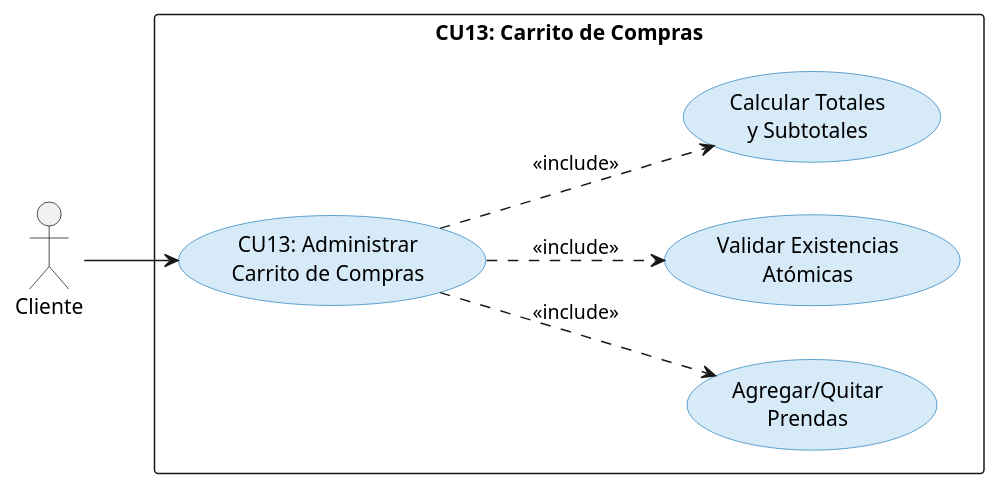
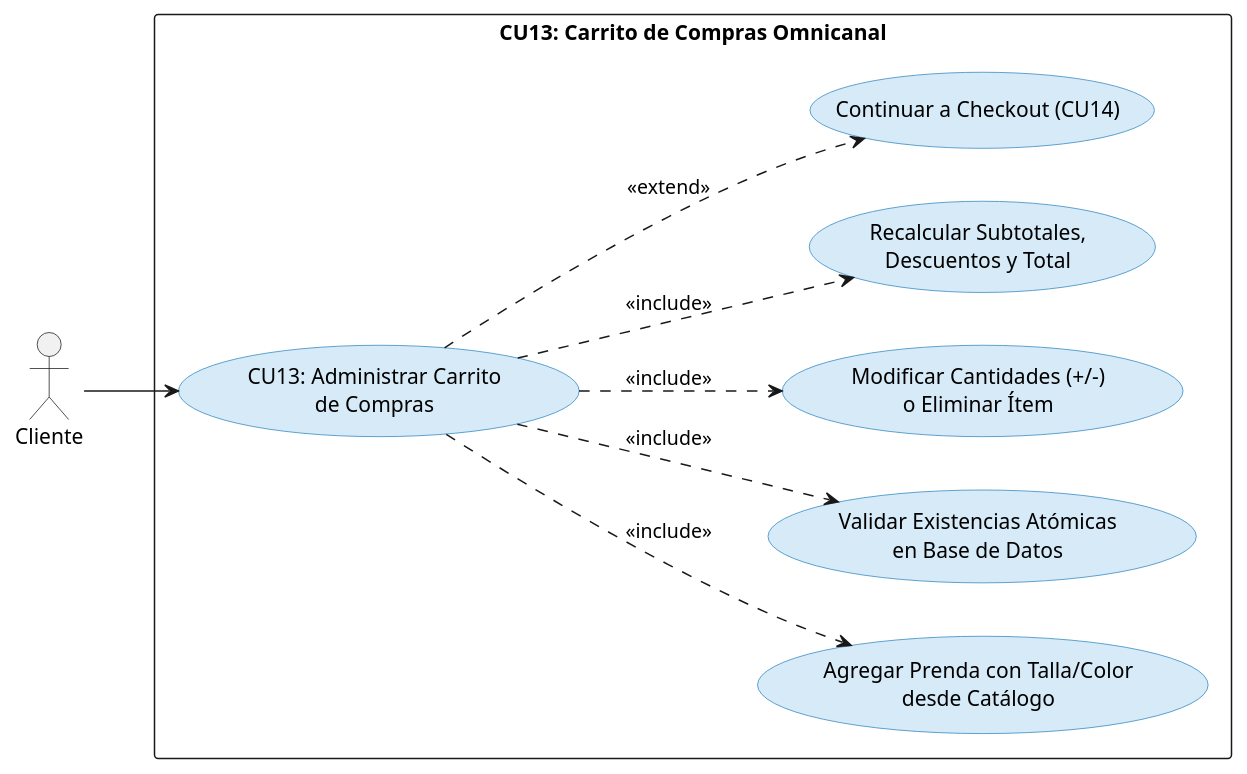
The third of 9 diagrams in DOCUMENTACION2/ciclo2.md (INGvainilla/1erParcial), drawn with PlantUML before and after one commit. The commit also changed other lines of this file and 60 other files, not shown here.

````diff
--- a/DOCUMENTACION2/ciclo2.md
+++ b/DOCUMENTACION2/ciclo2.md
@@ -122,23 +166,27 @@
 ```plantuml
 @startuml CU13_Administrar_Carrito
 left to right direction
 skinparam usecase {
   BackgroundColor #D6EAF8
   BorderColor #2E86C1
 }
 
 actor "Cliente" as Cliente
 
-rectangle "CU13: Carrito de Compras" {
-  usecase "CU13: Administrar\nCarrito de Compras" as CU13
-  usecase "Agregar/Quitar\nPrendas" as UC_Modificar
-  usecase "Validar Existencias\nAtómicas" as UC_Validar
-  usecase "Calcular Totales\ny Subtotales" as UC_Calcular
+rectangle "CU13: Carrito de Compras Omnicanal" {
+  usecase "CU13: Administrar Carrito\nde Compras" as CU13
+  usecase "Agregar Prenda con Talla/Color\ndesde Catálogo" as UC_Agregar
+  usecase "Validar Existencias Atómicas\nen Base de Datos" as UC_Validar
+  usecase "Modificar Cantidades (+/-)\no Eliminar Ítem" as UC_Modificar
+  usecase "Recalcular Subtotales,\nDescuentos y Total" as UC_Calcular
+  usecase "Continuar a Checkout (CU14)" as UC_Checkout
 }
 
 Cliente --> CU13
+CU13 ..> UC_Agregar : <<include>>
+CU13 ..> UC_Validar : <<include>>
 CU13 ..> UC_Modificar : <<include>>
-CU13 ..> UC_Validar : <<include>>
 CU13 ..> UC_Calcular : <<include>>
+CU13 ..> UC_Checkout : <<extend>>
 @enduml
 ```
````
